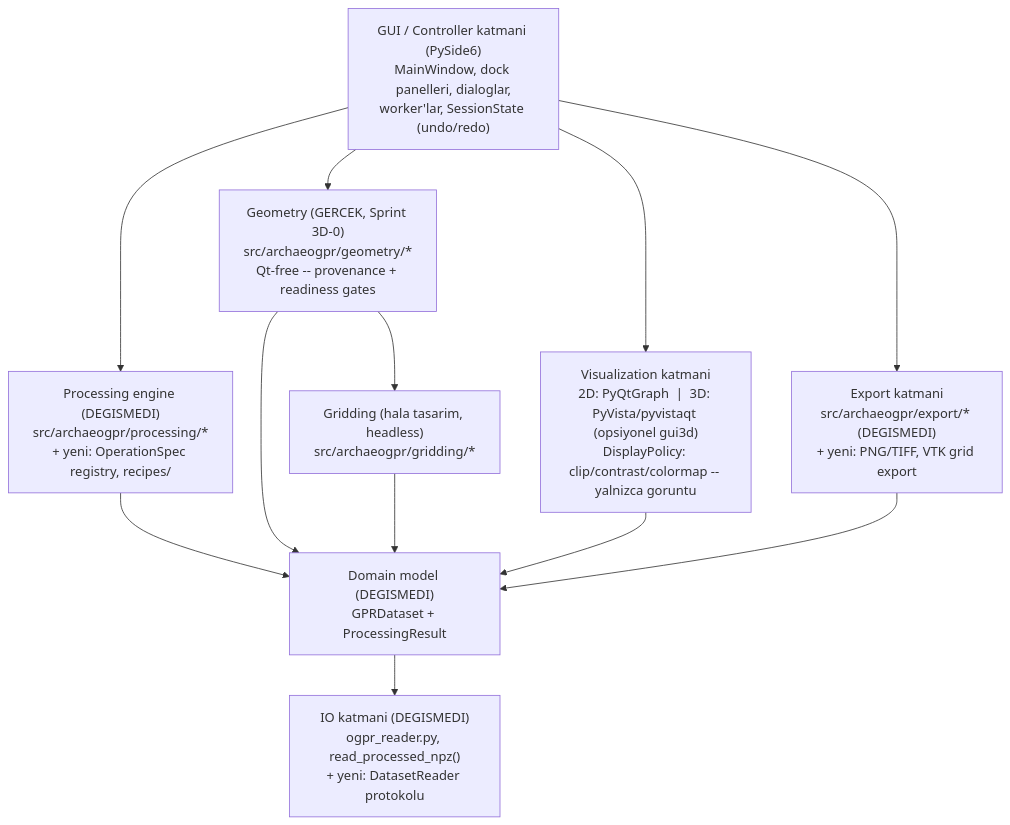
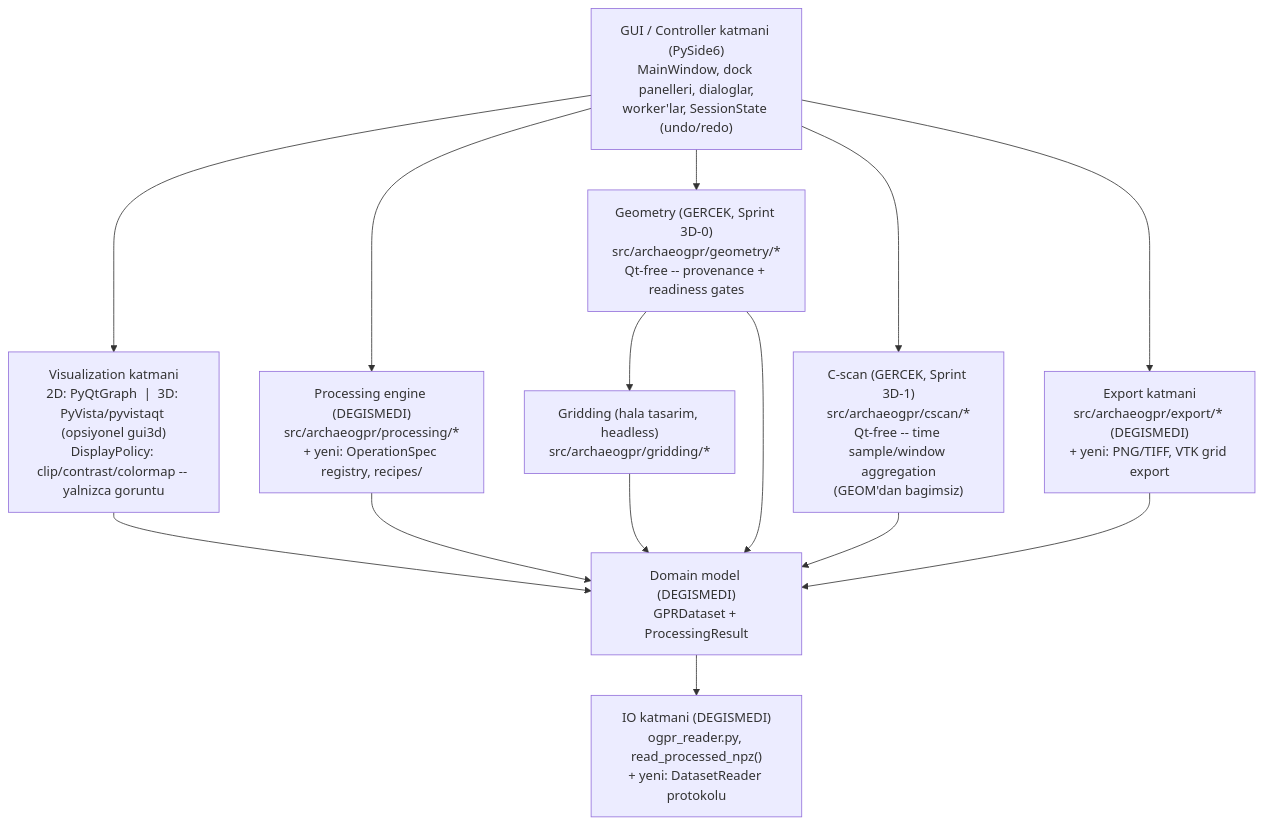
One commit to bruhnioli/archeogpr changed the first of 2 diagrams in obsidian/ArchaeoGPR_Vault/03_ARCHITECTURE/GUI_Architecture.md. Above: the diagram before and after it, drawn with Mermaid. The commit also changed other lines of this file and 33 other files, not shown here.

````diff
--- a/obsidian/ArchaeoGPR_Vault/03_ARCHITECTURE/GUI_Architecture.md
+++ b/obsidian/ArchaeoGPR_Vault/03_ARCHITECTURE/GUI_Architecture.md
@@ -73,23 +121,26 @@
 ```mermaid
 flowchart TB
     GUI["GUI / Controller katmani (PySide6)\nMainWindow, dock panelleri, dialoglar,\nworker'lar, SessionState (undo/redo)"]
     VIZ["Visualization katmani\n2D: PyQtGraph  |  3D: PyVista/pyvistaqt (opsiyonel gui3d)\nDisplayPolicy: clip/contrast/colormap -- yalnizca goruntu"]
     PROC["Processing engine (DEGISMEDI)\nsrc/archaeogpr/processing/*\n+ yeni: OperationSpec registry, recipes/"]
     GEOM["Geometry (GERCEK, Sprint 3D-0)\nsrc/archaeogpr/geometry/*\nQt-free -- provenance + readiness gates"]
+    CSCAN["C-scan (GERCEK, Sprint 3D-1)\nsrc/archaeogpr/cscan/*\nQt-free -- time sample/window aggregation\n(GEOM'dan bagimsiz)"]
     GRID["Gridding (hala tasarim, headless)\nsrc/archaeogpr/gridding/*"]
     MODEL["Domain model (DEGISMEDI)\nGPRDataset + ProcessingResult"]
     IO["IO katmani (DEGISMEDI)\nogpr_reader.py, read_processed_npz()\n+ yeni: DatasetReader protokolu"]
     EXPORT["Export katmani\nsrc/archaeogpr/export/* (DEGISMEDI)\n+ yeni: PNG/TIFF, VTK grid export"]
 
     GUI --> VIZ
     GUI --> PROC
     GUI --> GEOM
+    GUI --> CSCAN
     GEOM --> GRID
     PROC --> MODEL
     GEOM --> MODEL
+    CSCAN --> MODEL
     GRID --> MODEL
     VIZ --> MODEL
     MODEL --> IO
     GUI --> EXPORT
     EXPORT --> MODEL
 ```
````
